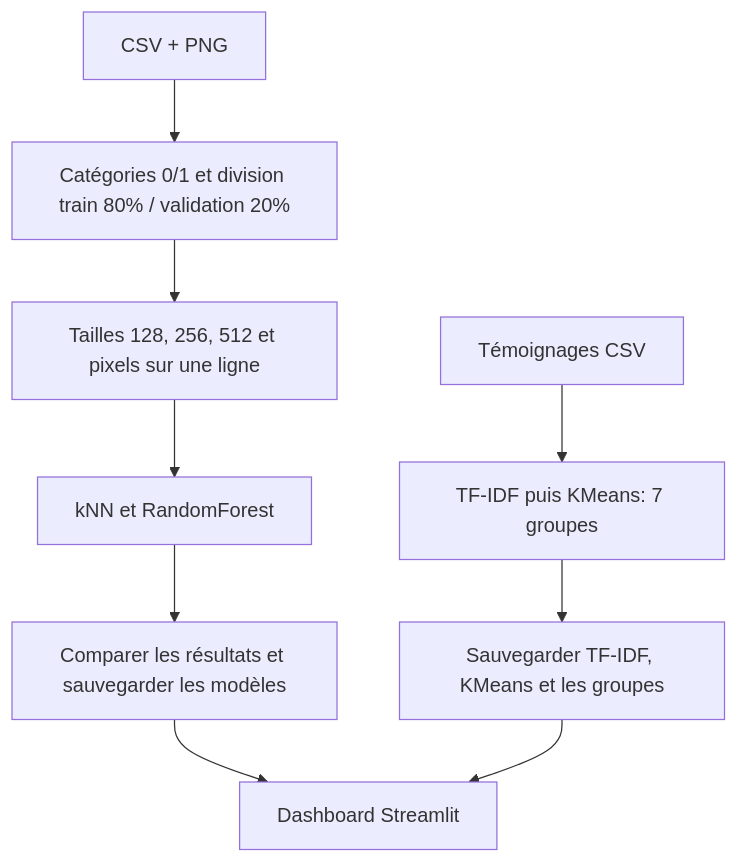
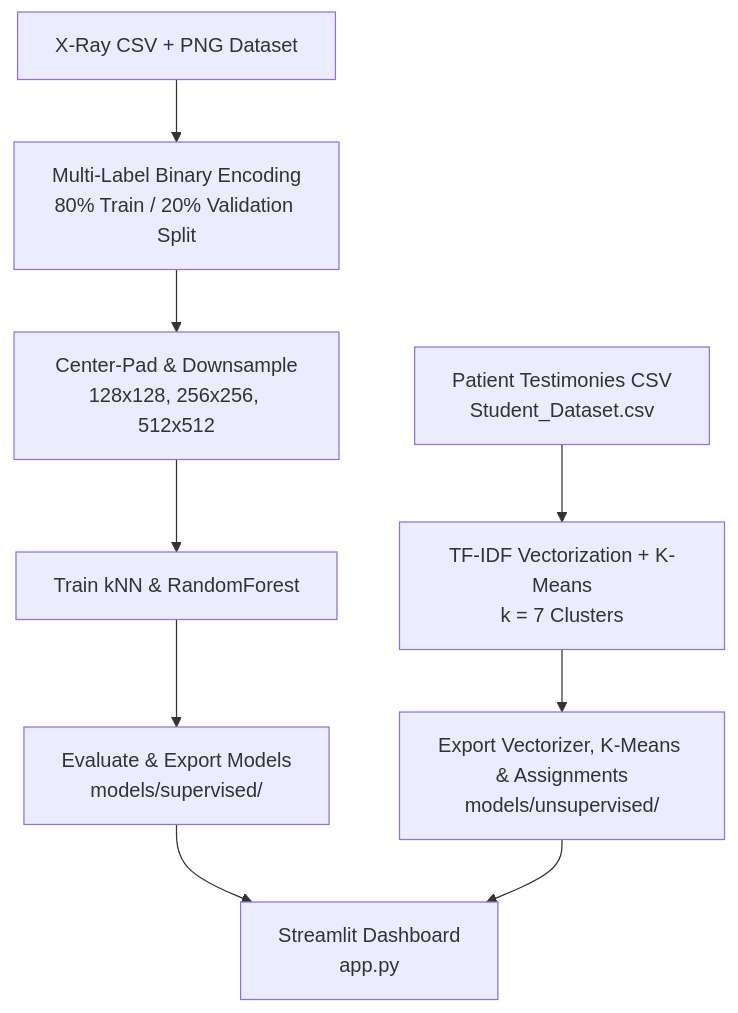
One commit to AlexandrG1209/cvrie changed the diagram in README.md. Above: the diagram before and after it, drawn with Mermaid. The commit also changed other lines of this file and 1 other file, not shown here.

````diff
--- a/README.md
+++ b/README.md
@@ -5,11 +24,11 @@
 ```mermaid
 flowchart TD
-    A[CSV + PNG] --> B[Catégories 0/1 et division train 80% / validation 20%]
-    B --> C[Tailles 128, 256, 512 et pixels sur une ligne]
-    C --> D[kNN et RandomForest]
-    D --> E[Comparer les résultats et sauvegarder les modèles]
-    E --> F[Dashboard Streamlit]
-    G[Témoignages CSV] --> H[TF-IDF puis KMeans: 7 groupes]
-    H --> I[Sauvegarder TF-IDF, KMeans et les groupes]
+    A[X-Ray CSV + PNG Dataset] --> B[Multi-Label Binary Encoding<br/>80% Train / 20% Validation Split]
+    B --> C[Center-Pad & Downsample<br/>128x128, 256x256, 512x512]
+    C --> D[Train kNN & RandomForest]
+    D --> E[Evaluate & Export Models<br/>models/supervised/]
+    E --> F[Streamlit Dashboard<br/>app.py]
+    G[Patient Testimonies CSV<br/>Student_Dataset.csv] --> H[TF-IDF Vectorization + K-Means<br/>k = 7 Clusters]
+    H --> I[Export Vectorizer, K-Means & Assignments<br/>models/unsupervised/]
     I --> F
 ```
````
